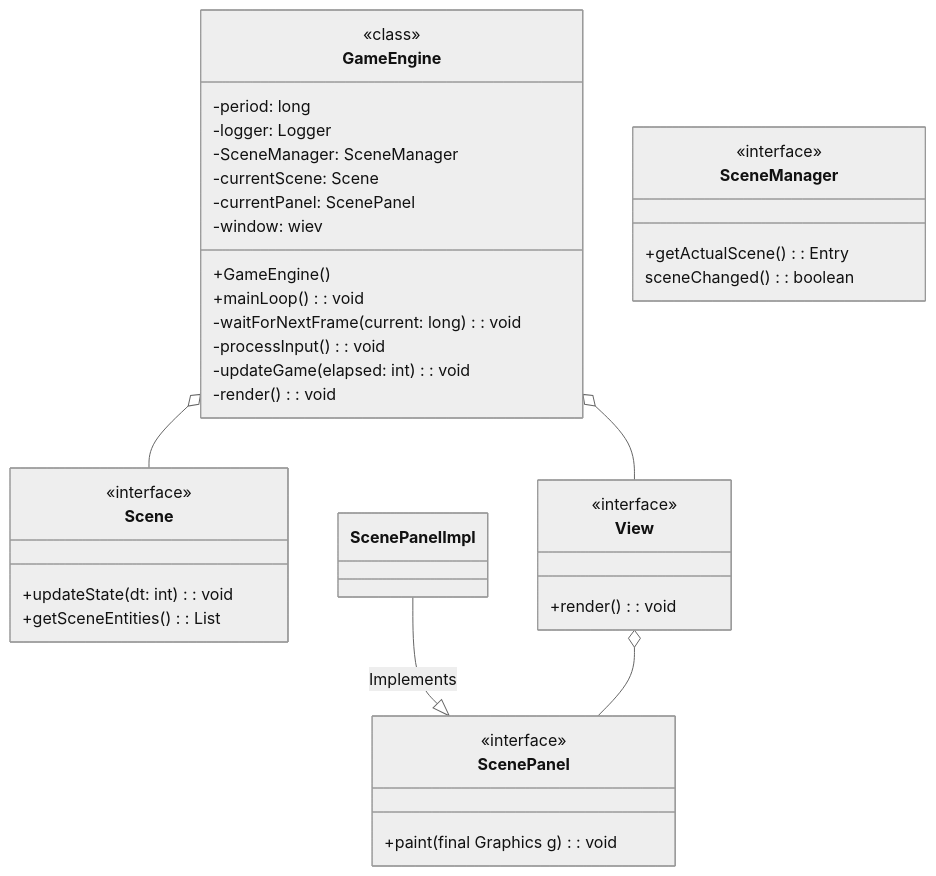
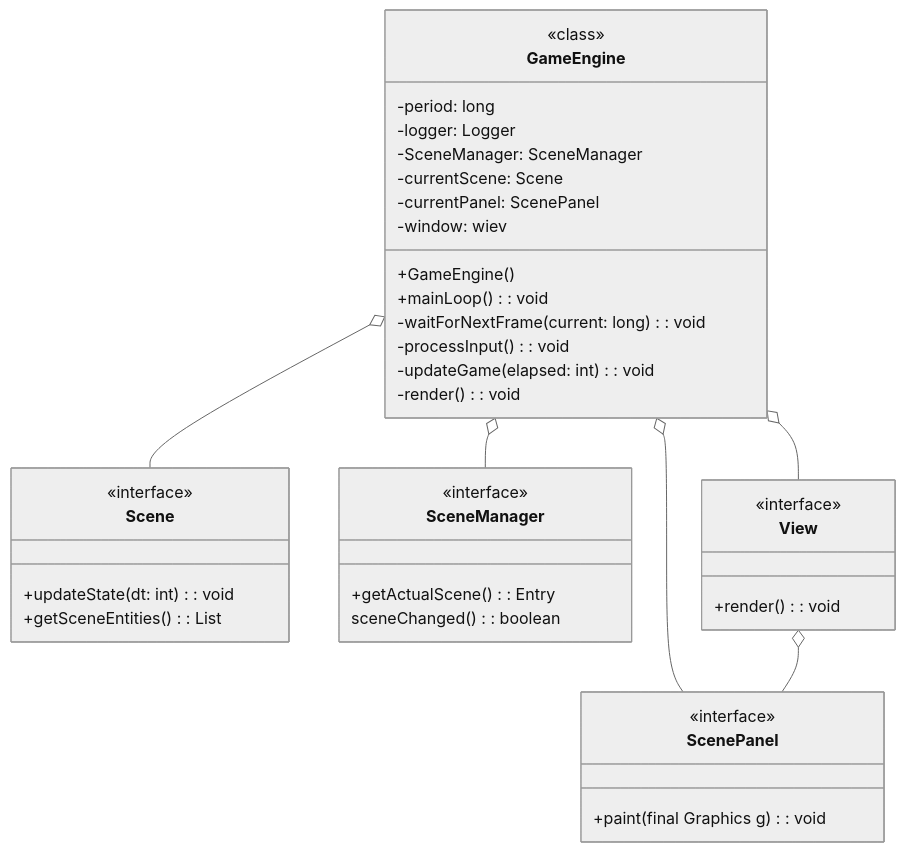
The first of 2 diagrams in README.md (GiuseppeGambacorta/2DGameEngine), drawn with Mermaid (neutral theme) before and after one commit.

````diff
--- a/README.md
+++ b/README.md
@@ -1,59 +1,60 @@
 ```mermaid
 classDiagram
 
 class GameEngine {
   <<class>>
   -period: long
   -logger: Logger
   -SceneManager: SceneManager
   -currentScene: Scene
   -currentPanel: ScenePanel
   -window: wiev
   +GameEngine()
   +mainLoop(): void
   -waitForNextFrame(current: long): void
   -processInput(): void
   -updateGame(elapsed: int): void
   -render(): void
 }
 
 
 class Scene {
   <<interface>>
   +updateState(dt: int): void
   +getSceneEntities(): List<GameObject>
 }
 
 
 
 class ScenePanel{
   <<interface>>
   +paint(final Graphics g): void
 }
 
 
 
 
 class SceneManager {
   <<interface>>
   +getActualScene(): Entry<ScenePanel,Scene>
   sceneChanged(): boolean
 }
 
 
 
 class View {
   <<interface>>
   +render(): void
 }
 
 
 GameEngine o-- View
 GameEngine o-- Scene
+GameEngine o-- ScenePanel
+GameEngine o-- SceneManager
 
-ScenePanelImpl --|> ScenePanel : Implements
 
 View o-- ScenePanel
 
 
 ```
````
